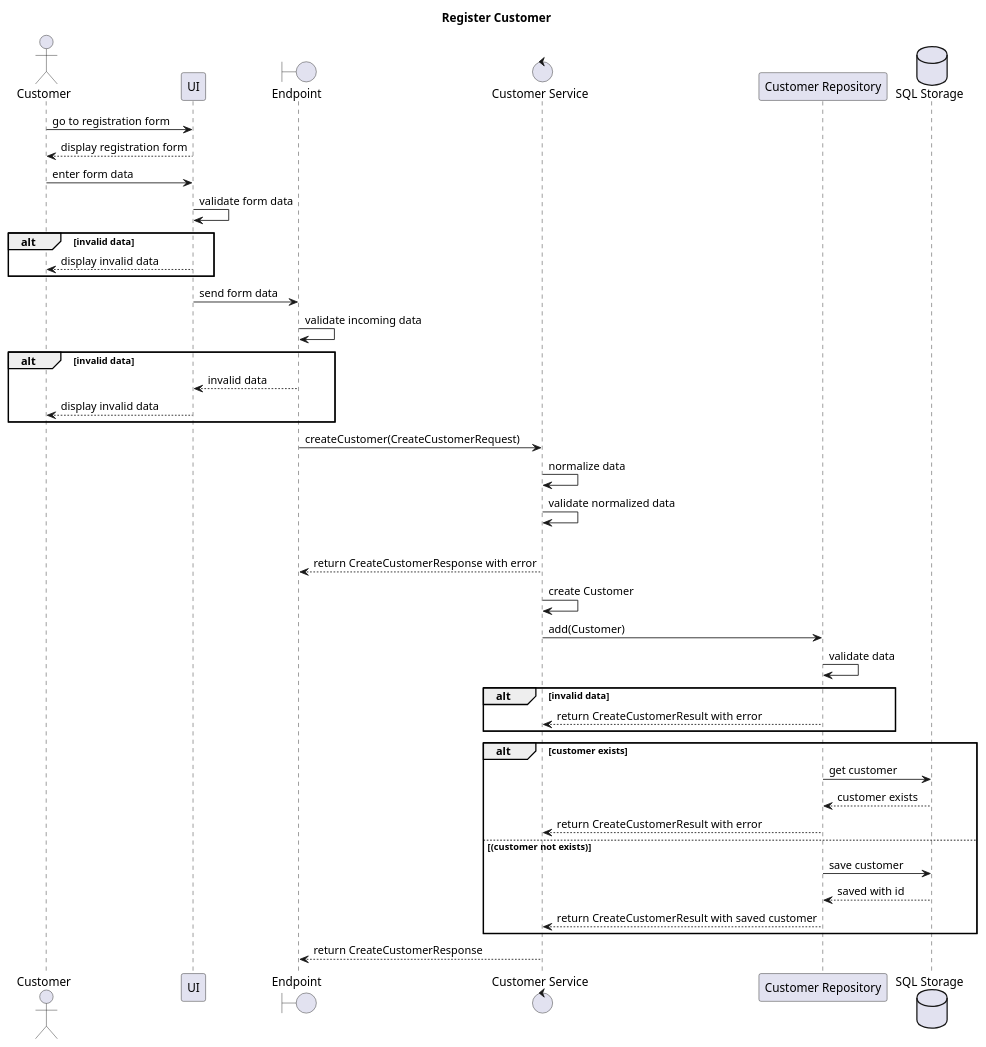
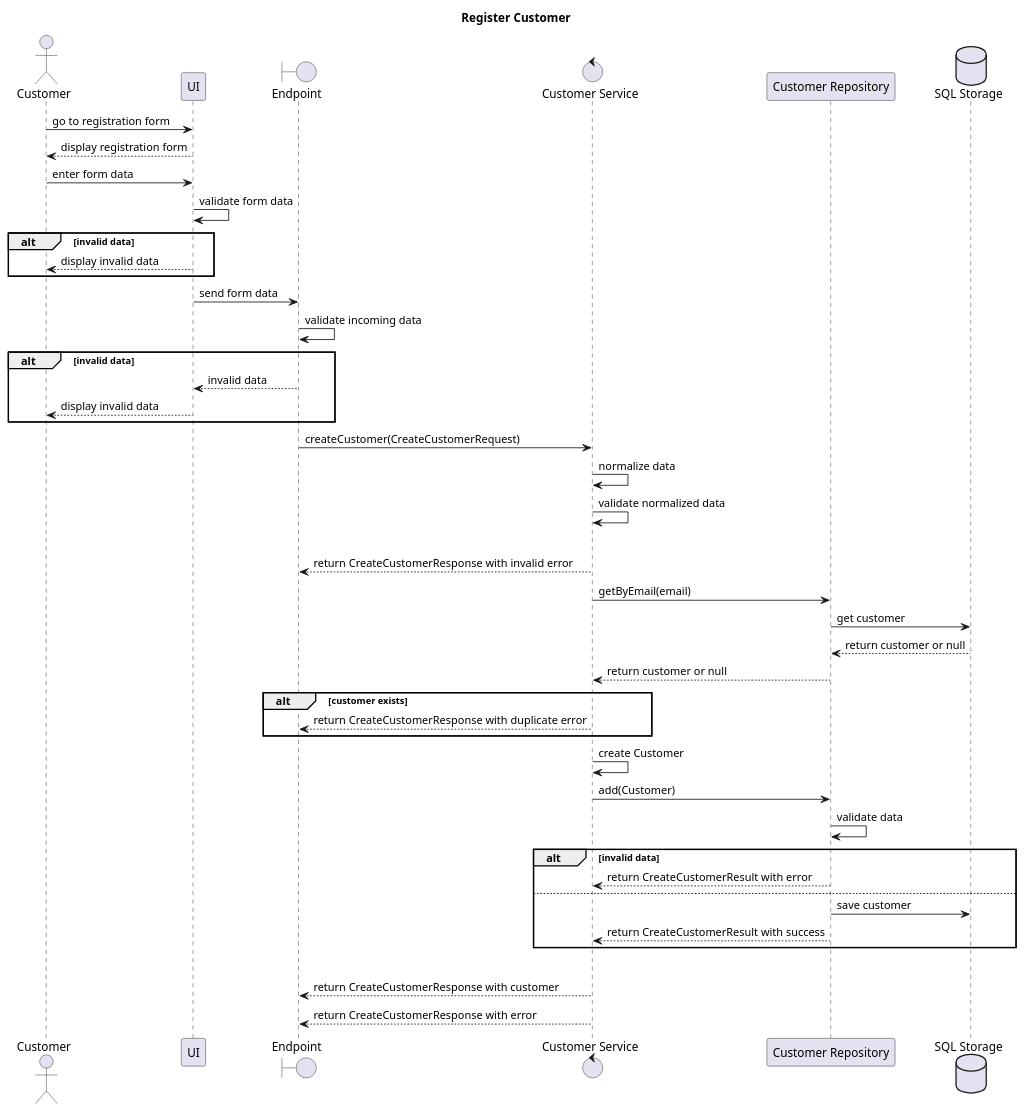
The diagram in lecture-11/py-app/docs/customers/sq-diagram.puml (avanoria-nackademin-kvalit/oop-for-testdevelopers), drawn with PlantUML before and after one commit. The commit also changed 9 other files, not shown here.

```diff
--- a/lecture-11/py-app/docs/customers/sq-diagram.puml
+++ b/lecture-11/py-app/docs/customers/sq-diagram.puml
@@ -1,57 +1,62 @@
 @startuml sequence-diagram
 title Register Customer
 
 actor Customer as customer
 participant UI as ui
 boundary "Endpoint" as endpoint
 control "Customer Service" as service
 participant "Customer Repository" as repository
 database "SQL Storage" as db
 
 
 customer -> ui : go to registration form
 ui --> customer : display registration form
 customer -> ui : enter form data
 ui -> ui : validate form data
 
 alt invalid data
     ui --> customer : display invalid data
 end
 
 ui -> endpoint : send form data
 endpoint -> endpoint : validate incoming data
 
 alt invalid data
     endpoint --> ui : invalid data
     ui --> customer : display invalid data
 end
 
 endpoint -> service : createCustomer(CreateCustomerRequest)
 
 service -> service : normalize data
 service -> service : validate normalized data
 
 alt invalid data
-    service --> endpoint : return CreateCustomerResponse with error
+    service --> endpoint : return CreateCustomerResponse with invalid error
 else
+    service -> repository : getByEmail(email)
+    repository -> db : get customer
+    db --> repository : return customer or null
+    repository --> service : return customer or null
+
+    alt customer exists 
+        service --> endpoint : return CreateCustomerResponse with duplicate error
+    end
+
     service -> service : create Customer
     service -> repository: add(Customer)
-
     repository -> repository : validate data
 
     alt invalid data 
         repository --> service : return CreateCustomerResult with error
+    else
+        repository -> db : save customer
+        repository --> service : return CreateCustomerResult with success
     end
 
-    alt customer exists 
-        repository -> db : get customer
-        db --> repository : customer exists
-        repository --> service : return CreateCustomerResult with error
-    else (customer not exists)
-        repository -> db : save customer
-        db --> repository : saved with id
-        repository --> service : return CreateCustomerResult with saved customer
-    end
-service --> endpoint : return CreateCustomerResponse
+    alt customer saved
+        service --> endpoint : return CreateCustomerResponse with customer
+    else
+        service --> endpoint : return CreateCustomerResponse with error
 
 @enduml
```
